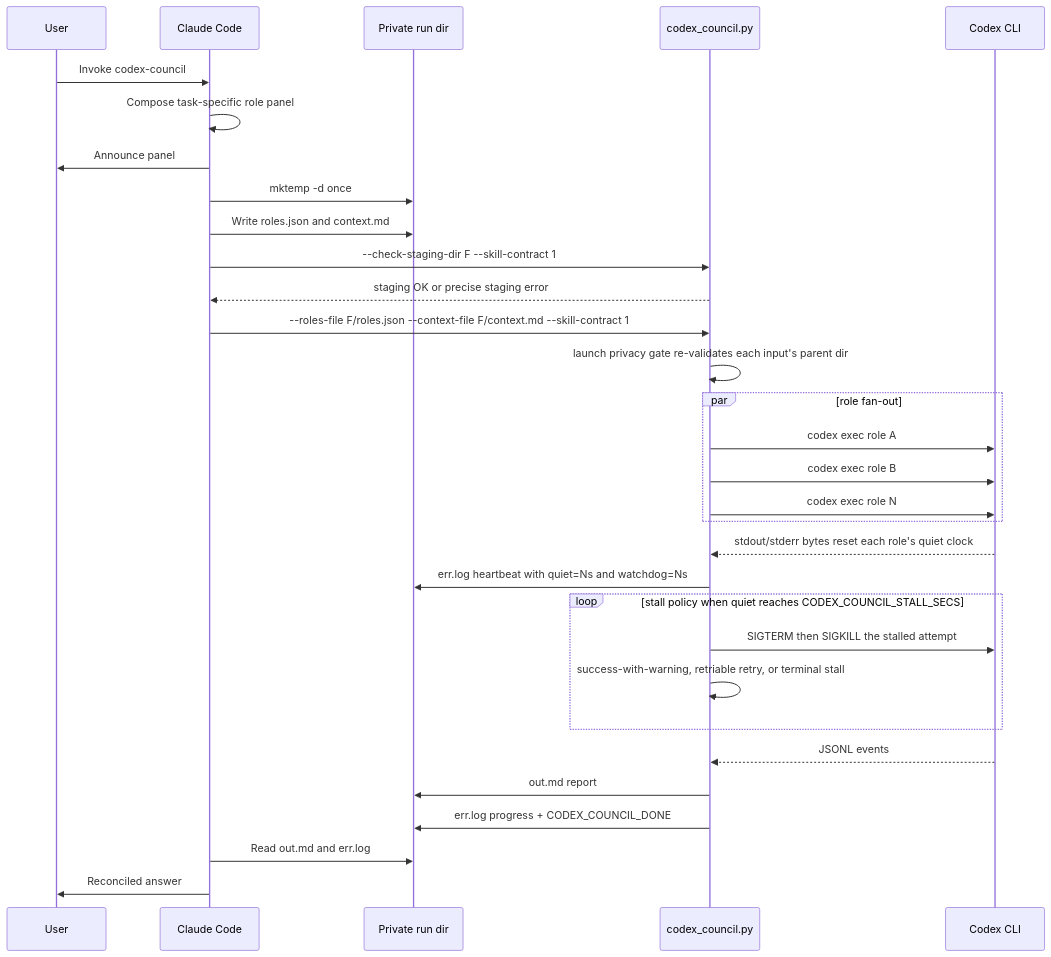
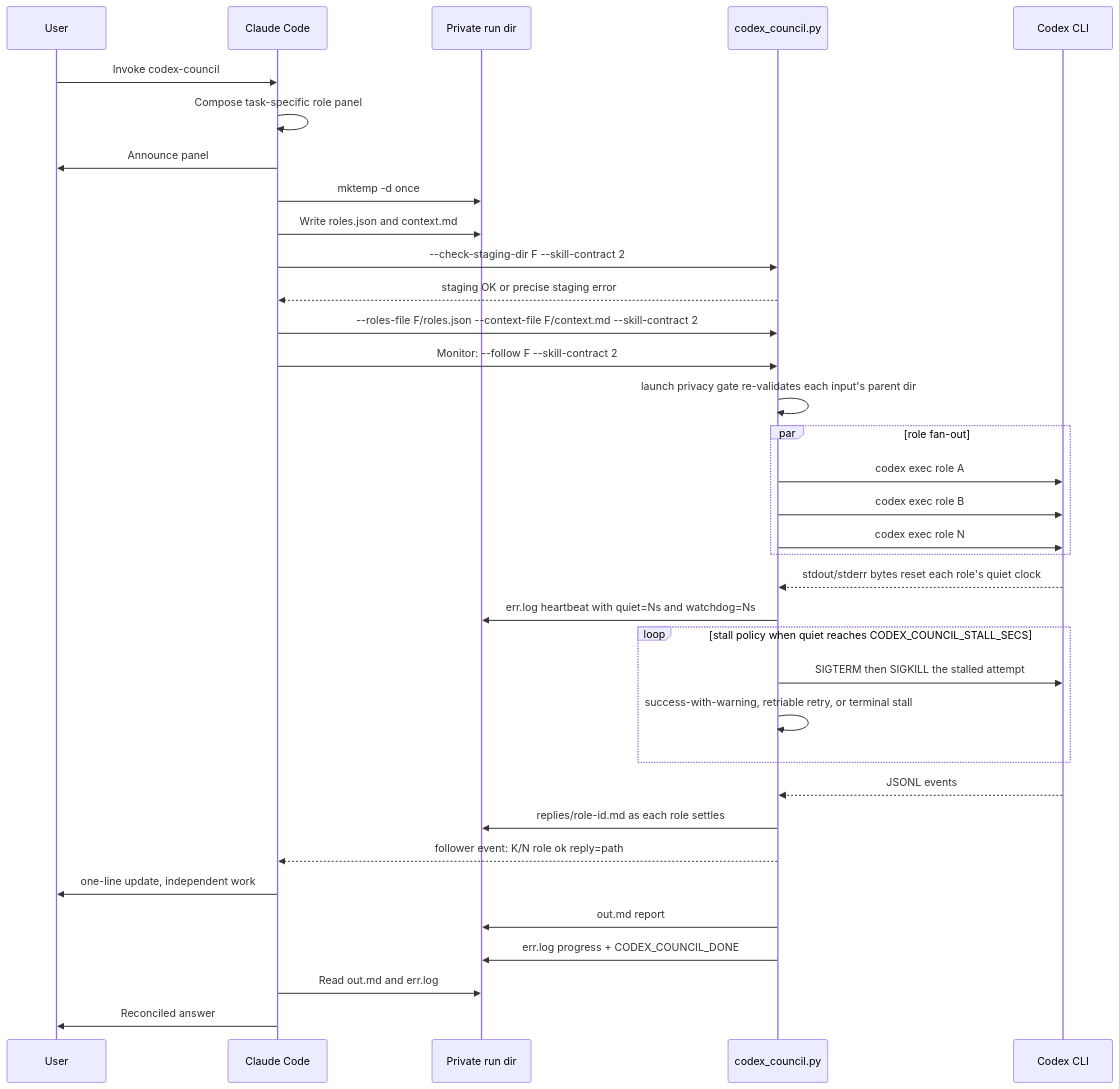
Before and after one commit to ehzawad/codex-council: the second of 3 diagrams in README.md, drawn with Mermaid. The commit also changed other lines of this file and 12 other files, not shown here.

````diff
--- a/README.md
+++ b/README.md
@@ -154,34 +164,38 @@
 ```mermaid
 sequenceDiagram
     participant U as User
     participant C as Claude Code
     participant F as Private run dir
     participant S as codex_council.py
     participant X as Codex CLI
 
     U->>C: Invoke codex-council
     C->>C: Compose task-specific role panel
     C->>U: Announce panel
     C->>F: mktemp -d once
     C->>F: Write roles.json and context.md
-    C->>S: --check-staging-dir F --skill-contract 1
+    C->>S: --check-staging-dir F --skill-contract 2
     S-->>C: staging OK or precise staging error
-    C->>S: --roles-file F/roles.json --context-file F/context.md --skill-contract 1
+    C->>S: --roles-file F/roles.json --context-file F/context.md --skill-contract 2
+    C->>S: Monitor: --follow F --skill-contract 2
     S->>S: launch privacy gate re-validates each input's parent dir
     par role fan-out
         S->>X: codex exec role A
         S->>X: codex exec role B
         S->>X: codex exec role N
     end
     X-->>S: stdout/stderr bytes reset each role's quiet clock
     S->>F: err.log heartbeat with quiet=Ns and watchdog=Ns
     loop stall policy when quiet reaches CODEX_COUNCIL_STALL_SECS
         S->>X: SIGTERM then SIGKILL the stalled attempt
         S->>S: success-with-warning, retriable retry, or terminal stall
     end
     X-->>S: JSONL events
+    S->>F: replies/role-id.md as each role settles
+    S-->>C: follower event: K/N role ok reply=path
+    C->>U: one-line update, independent work
     S->>F: out.md report
     S->>F: err.log progress + CODEX_COUNCIL_DONE
     C->>F: Read out.md and err.log
     C->>U: Reconciled answer
 ```
````
